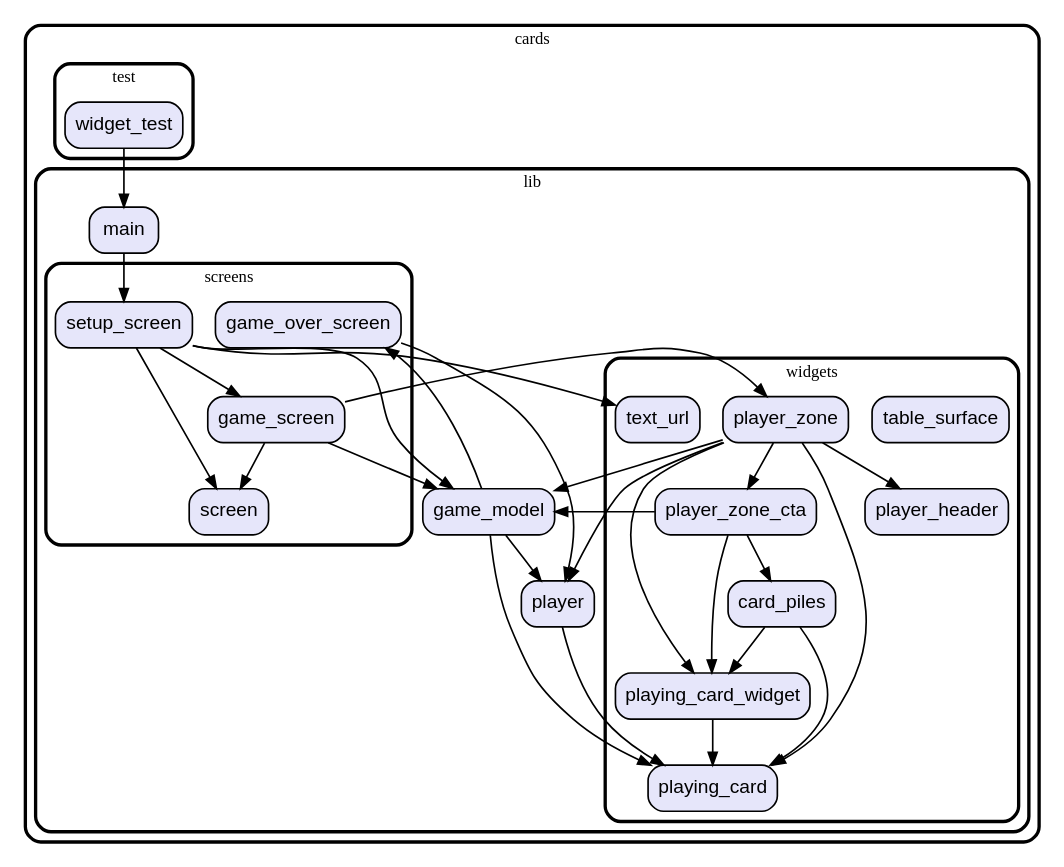
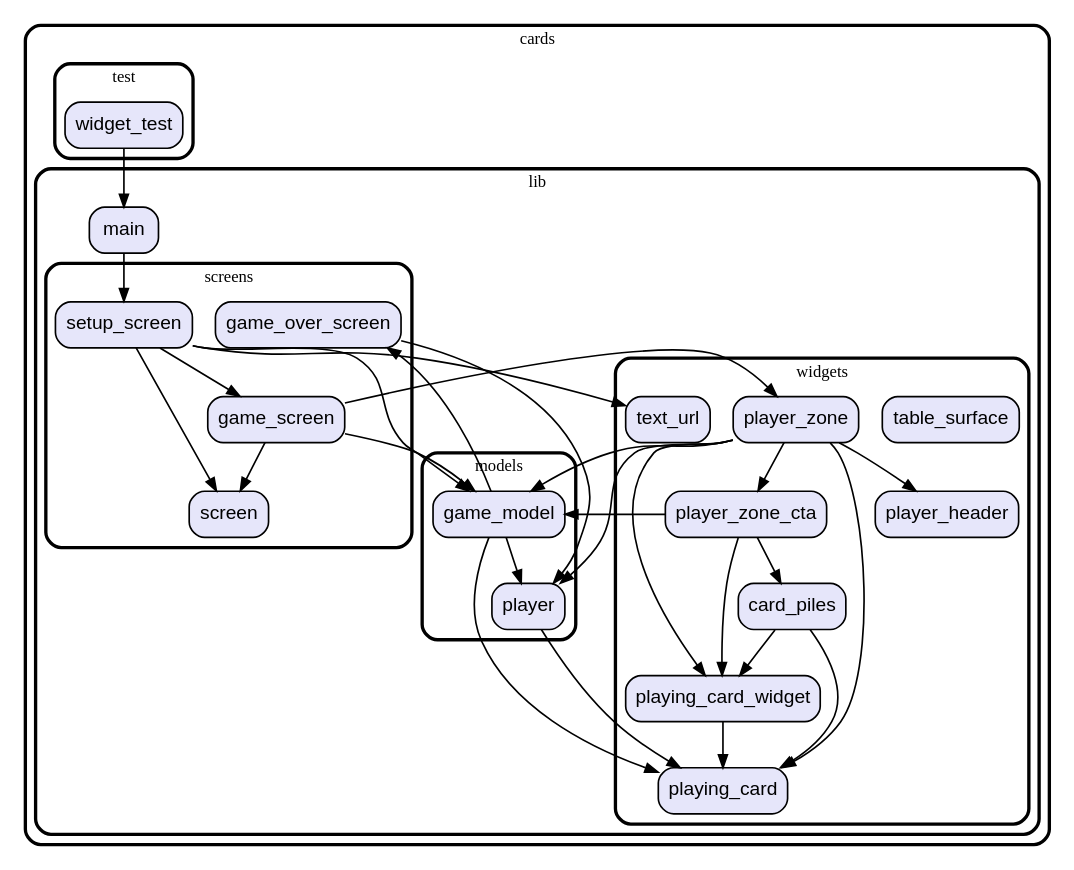
Before and after one commit to vteam-com/Cards: the diagram in graph.dot, drawn with Graphviz. The commit also changed 8 other files, not shown here.

```diff
--- a/graph.dot
+++ b/graph.dot
@@ -1,78 +1,81 @@
 digraph "" {
   graph [style=rounded fontname="Arial Black" fontsize=13 penwidth=2.6];
   node [shape=rect style="filled,rounded" fontname=Arial fontsize=15 fillcolor=Lavender penwidth=1.3];
   edge [penwidth=1.3];
   "/test/widget_test.dart" [label="widget_test"];
-  "/lib/game_model.dart" [label="game_model"];
+  "/lib/models/game_model.dart" [label="game_model"];
+  "/lib/models/player.dart" [label="player"];
   "/lib/screens/game_screen.dart" [label="game_screen"];
   "/lib/screens/game_over_screen.dart" [label="game_over_screen"];
   "/lib/screens/setup_screen.dart" [label="setup_screen"];
   "/lib/screens/screen.dart" [label="screen"];
   "/lib/main.dart" [label="main"];
-  "/lib/player.dart" [label="player"];
   "/lib/widgets/playing_card_widget.dart" [label="playing_card_widget"];
   "/lib/widgets/table_surface.dart" [label="table_surface"];
   "/lib/widgets/player_zone.dart" [label="player_zone"];
   "/lib/widgets/playing_card.dart" [label="playing_card"];
   "/lib/widgets/card_piles.dart" [label="card_piles"];
   "/lib/widgets/player_zone_cta.dart" [label="player_zone_cta"];
   "/lib/widgets/player_header.dart" [label="player_header"];
   "/lib/widgets/text_url.dart" [label="text_url"];
   subgraph "cluster~" {
     label="cards";
     subgraph "cluster~/test" {
       label="test";
       "/test/widget_test.dart";
     }
     subgraph "cluster~/lib" {
       label="lib";
-      "/lib/game_model.dart";
       "/lib/main.dart";
-      "/lib/player.dart";
+      subgraph "cluster~/lib/models" {
+        label="models";
+        "/lib/models/game_model.dart";
+        "/lib/models/player.dart";
+      }
       subgraph "cluster~/lib/screens" {
         label="screens";
         "/lib/screens/game_screen.dart";
         "/lib/screens/game_over_screen.dart";
         "/lib/screens/setup_screen.dart";
         "/lib/screens/screen.dart";
       }
       subgraph "cluster~/lib/widgets" {
         label="widgets";
         "/lib/widgets/playing_card_widget.dart";
         "/lib/widgets/table_surface.dart";
         "/lib/widgets/player_zone.dart";
         "/lib/widgets/playing_card.dart";
         "/lib/widgets/card_piles.dart";
         "/lib/widgets/player_zone_cta.dart";
         "/lib/widgets/player_header.dart";
         "/lib/widgets/text_url.dart";
       }
     }
   }
   "/test/widget_test.dart" -> "/lib/main.dart";
-  "/lib/game_model.dart" -> "/lib/player.dart";
-  "/lib/game_model.dart" -> "/lib/screens/game_over_screen.dart";
-  "/lib/game_model.dart" -> "/lib/widgets/playing_card.dart";
+  "/lib/models/game_model.dart" -> "/lib/models/player.dart";
+  "/lib/models/game_model.dart" -> "/lib/screens/game_over_screen.dart";
+  "/lib/models/game_model.dart" -> "/lib/widgets/playing_card.dart";
+  "/lib/models/player.dart" -> "/lib/widgets/playing_card.dart";
   "/lib/screens/game_screen.dart" -> "/lib/screens/screen.dart";
   "/lib/screens/game_screen.dart" -> "/lib/widgets/player_zone.dart";
-  "/lib/screens/game_screen.dart" -> "/lib/game_model.dart";
-  "/lib/screens/game_over_screen.dart" -> "/lib/player.dart";
-  "/lib/screens/setup_screen.dart" -> "/lib/game_model.dart";
+  "/lib/screens/game_screen.dart" -> "/lib/models/game_model.dart";
+  "/lib/screens/game_over_screen.dart" -> "/lib/models/player.dart";
+  "/lib/screens/setup_screen.dart" -> "/lib/models/game_model.dart";
   "/lib/screens/setup_screen.dart" -> "/lib/screens/game_screen.dart";
   "/lib/screens/setup_screen.dart" -> "/lib/screens/screen.dart";
   "/lib/screens/setup_screen.dart" -> "/lib/widgets/text_url.dart";
   "/lib/main.dart" -> "/lib/screens/setup_screen.dart";
-  "/lib/player.dart" -> "/lib/widgets/playing_card.dart";
   "/lib/widgets/playing_card_widget.dart" -> "/lib/widgets/playing_card.dart";
-  "/lib/widgets/player_zone.dart" -> "/lib/game_model.dart";
-  "/lib/widgets/player_zone.dart" -> "/lib/player.dart";
+  "/lib/widgets/player_zone.dart" -> "/lib/models/game_model.dart";
+  "/lib/widgets/player_zone.dart" -> "/lib/models/player.dart";
   "/lib/widgets/player_zone.dart" -> "/lib/widgets/player_header.dart";
   "/lib/widgets/player_zone.dart" -> "/lib/widgets/player_zone_cta.dart";
   "/lib/widgets/player_zone.dart" -> "/lib/widgets/playing_card.dart";
   "/lib/widgets/player_zone.dart" -> "/lib/widgets/playing_card_widget.dart";
   "/lib/widgets/card_piles.dart" -> "/lib/widgets/playing_card.dart";
   "/lib/widgets/card_piles.dart" -> "/lib/widgets/playing_card_widget.dart";
-  "/lib/widgets/player_zone_cta.dart" -> "/lib/game_model.dart";
+  "/lib/widgets/player_zone_cta.dart" -> "/lib/models/game_model.dart";
   "/lib/widgets/player_zone_cta.dart" -> "/lib/widgets/card_piles.dart";
   "/lib/widgets/player_zone_cta.dart" -> "/lib/widgets/playing_card_widget.dart";
 }
```
